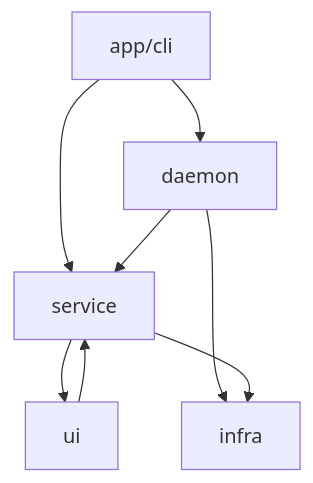
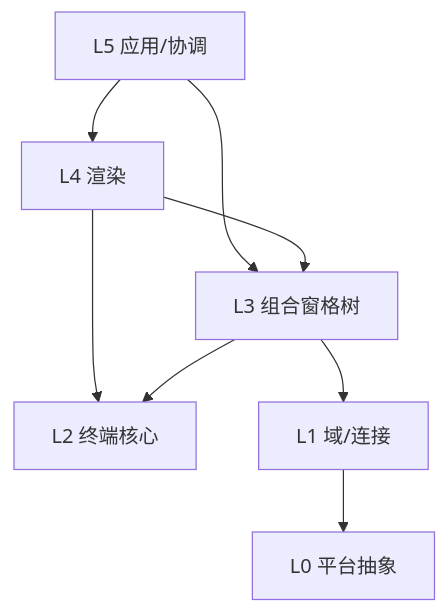
One commit to xiaoshan1234/xscore changed the diagram in doc/arch/view-dev.md. Above: the diagram before and after it, drawn with Mermaid. The commit also changed other lines of this file and 4 other files, not shown here.

First line of the commit message:
refactor: update architecture documentation for terminal emulator

````diff
--- a/doc/arch/view-dev.md
+++ b/doc/arch/view-dev.md
@@ -115,16 +66,17 @@
 ```mermaid
 graph TD
-    APP["app/cli"]
-    DAEMON["daemon"]
-    SERVICE["service"]
-    UI["ui"]
-    INFRA["infra"]
+    L5["L5 应用/协调"]
+    L4["L4 渲染"]
+    L3["L3 组合窗格树"]
+    L2["L2 终端核心"]
+    L1["L1 域/连接"]
+    L0["L0 平台抽象"]
 
-    APP --> DAEMON
-    APP --> SERVICE
-    DAEMON --> SERVICE
-    DAEMON --> INFRA
-    SERVICE --> UI
-    SERVICE --> INFRA
-    UI --> SERVICE
+    L5 --> L4
+    L5 --> L3
+    L4 --> L3
+    L4 --> L2
+    L3 --> L2
+    L3 --> L1
+    L1 --> L0
 ```
````
